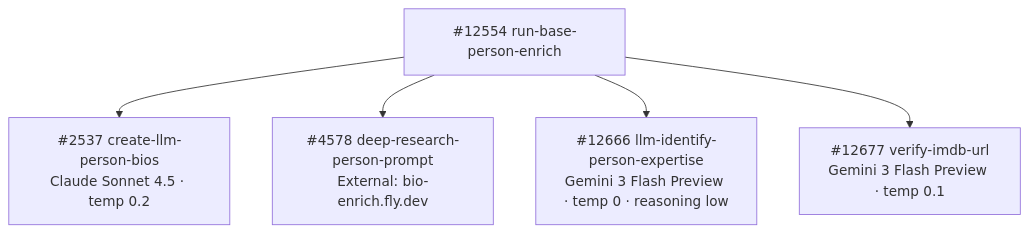
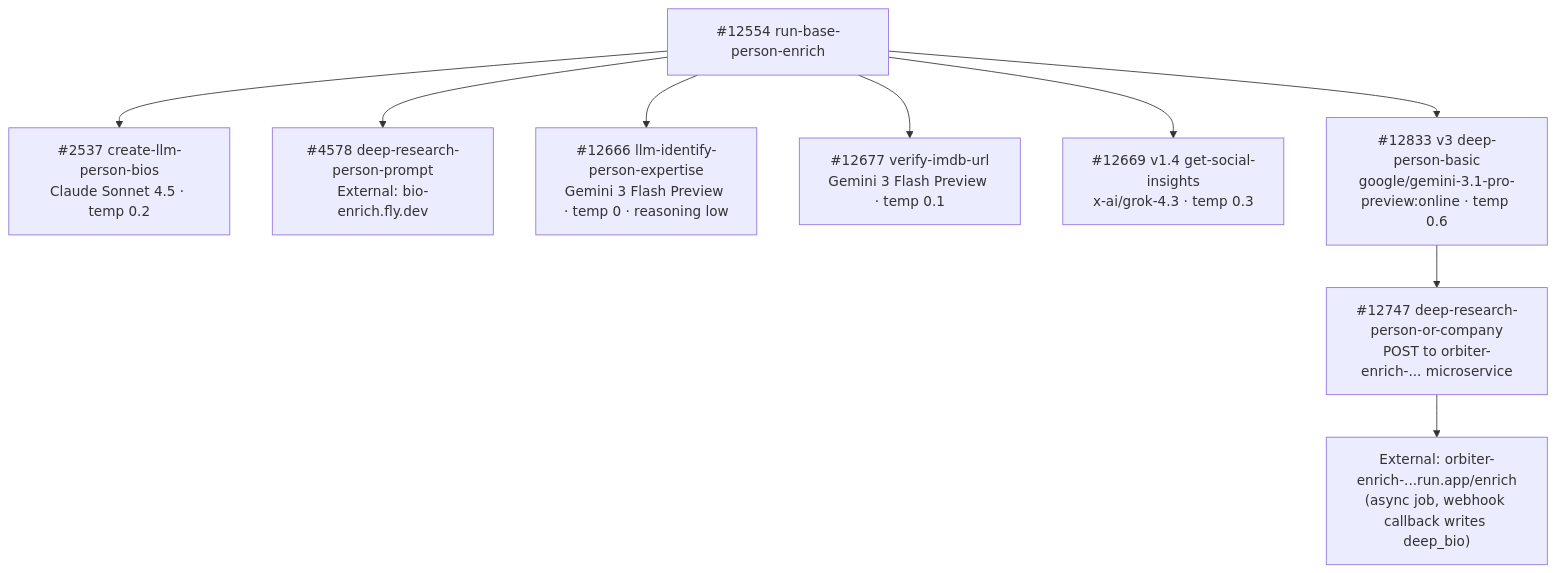
Before and after one commit to M-Pederson/docs: the diagram in guides/enrichment/person-pipeline/model-summary.mdx, drawn with Mermaid. The commit also changed other lines of this file and 2 other files, not shown here.

````diff
--- a/guides/enrichment/person-pipeline/model-summary.mdx
+++ b/guides/enrichment/person-pipeline/model-summary.mdx
@@ -52,7 +82,11 @@
 ```mermaid
 graph TD
     A["#12554 run-base-person-enrich"] --> B["#2537 create-llm-person-bios<br/>Claude Sonnet 4.5 · temp 0.2"]
     A --> C["#4578 deep-research-person-prompt<br/>External: bio-enrich.fly.dev"]
     A --> D["#12666 llm-identify-person-expertise<br/>Gemini 3 Flash Preview · temp 0 · reasoning low"]
     A --> E["#12677 verify-imdb-url<br/>Gemini 3 Flash Preview · temp 0.1"]
+    A --> F["#12669 v1.4 get-social-insights<br/>x-ai/grok-4.3 · temp 0.3"]
+    A --> G["#12833 v3 deep-person-basic<br/>google/gemini-3.1-pro-preview:online · temp 0.6"]
+    G --> H["#12747 deep-research-person-or-company<br/>POST to orbiter-enrich-... microservice"]
+    H --> I["External: orbiter-enrich-...run.app/enrich<br/>(async job, webhook callback writes deep_bio)"]
 ```
````
